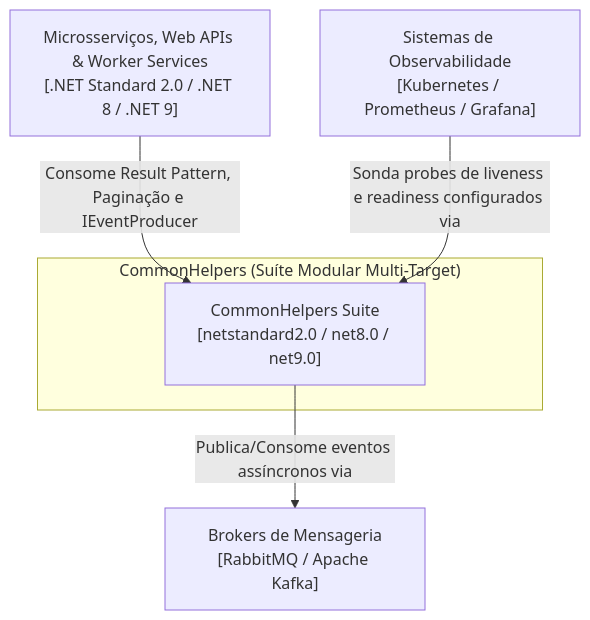
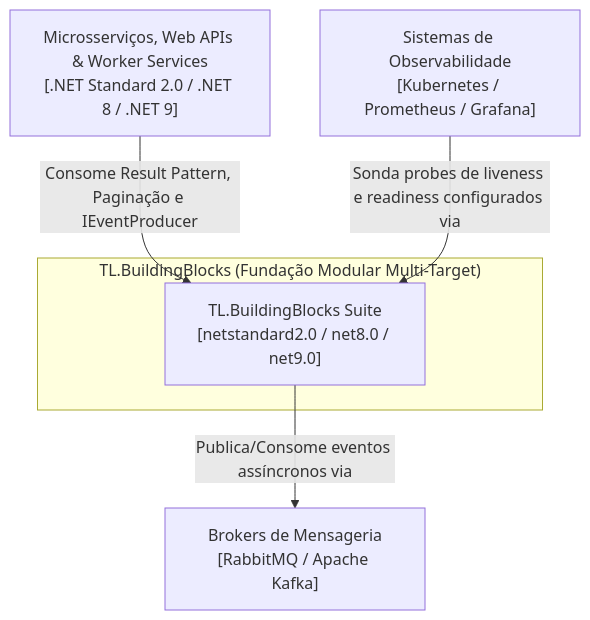
One commit to thaylonlopes/BuildingBlocks changed the first of 2 diagrams in docs/arquitetura/visao-geral.md. Above: the diagram before and after it, drawn with Mermaid. The commit also changed other lines of this file and 70 other files, not shown here.

Commit message:
refactor(solution): migracao para BuildingBlocks.sln e padronizacao TL.*

````diff
--- a/docs/arquitetura/visao-geral.md
+++ b/docs/arquitetura/visao-geral.md
@@ -20,14 +20,14 @@
 ```mermaid
 graph TD
     Client["Microsserviços, Web APIs & Worker Services<br/>[.NET Standard 2.0 / .NET 8 / .NET 9]"]
     Prometheus["Sistemas de Observabilidade<br/>[Kubernetes / Prometheus / Grafana]"]
     Brokers["Brokers de Mensageria<br/>[RabbitMQ / Apache Kafka]"]
 
-    subgraph CommonHelpersSystem ["CommonHelpers (Suíte Modular Multi-Target)"]
-        CH["CommonHelpers Suite<br/>[netstandard2.0 / net8.0 / net9.0]"]
+    subgraph BuildingBlocksSystem ["TL.BuildingBlocks (Fundação Modular Multi-Target)"]
+        BB["TL.BuildingBlocks Suite<br/>[netstandard2.0 / net8.0 / net9.0]"]
     end
 
-    Client -->|"Consome Result Pattern, Paginação e IEventProducer"| CH
-    CH -->|"Publica/Consome eventos assíncronos via"| Brokers
-    Prometheus -->|"Sonda probes de liveness e readiness configurados via"| CH
+    Client -->|"Consome Result Pattern, Paginação e IEventProducer"| BB
+    BB -->|"Publica/Consome eventos assíncronos via"| Brokers
+    Prometheus -->|"Sonda probes de liveness e readiness configurados via"| BB
 ```
````
